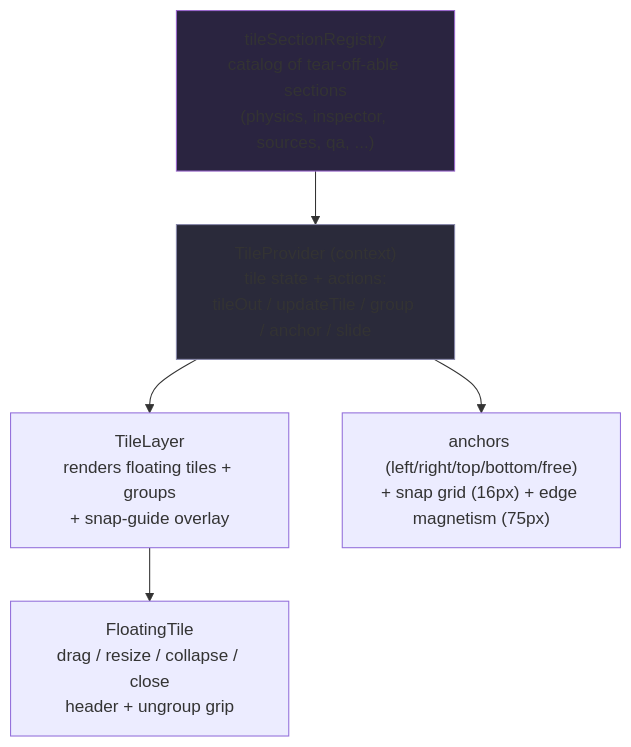
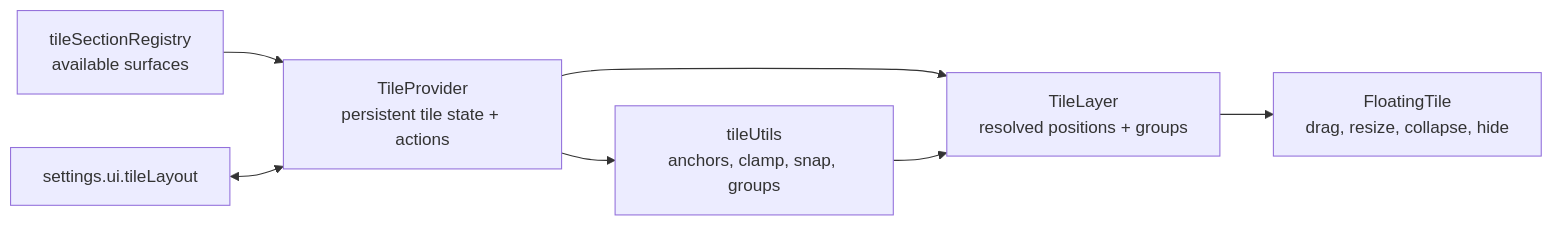
One commit to bitmosh/lumaweave changed the diagram in docs/canonical/TILE_AND_LAYOUT_WORKSPACE.md. Above: the diagram before and after it, drawn with Mermaid. The commit also changed other lines of this file and 209 other files, not shown here.

````diff
--- a/docs/canonical/TILE_AND_LAYOUT_WORKSPACE.md
+++ b/docs/canonical/TILE_AND_LAYOUT_WORKSPACE.md
@@ -41,9 +23,9 @@
 ```mermaid
-flowchart TD
-    REG["tileSectionRegistry<br/>catalog of tear-off-able sections<br/>(physics, inspector, sources, qa, ...)"] --> PROV
-    PROV["TileProvider (context)<br/>tile state + actions:<br/>tileOut / updateTile / group / anchor / slide"] --> LAYER
-    LAYER["TileLayer<br/>renders floating tiles + groups<br/>+ snap-guide overlay"] --> FT["FloatingTile<br/>drag / resize / collapse / close<br/>header + ungroup grip"]
-    PROV --> ANCHOR["anchors (left/right/top/bottom/free)<br/>+ snap grid (16px) + edge magnetism (75px)"]
-    style PROV fill:#2a2a3a,stroke:#88a
-    style REG fill:#2a2440,stroke:#96c
+flowchart LR
+    Registry["tileSectionRegistry<br/>available surfaces"] --> Provider["TileProvider<br/>persistent tile state + actions"]
+    Settings["settings.ui.tileLayout"] <--> Provider
+    Provider --> Layer["TileLayer<br/>resolved positions + groups"]
+    Layer --> Tile["FloatingTile<br/>drag, resize, collapse, hide"]
+    Provider --> Utils["tileUtils<br/>anchors, clamp, snap, groups"]
+    Utils --> Layer
 ```
````
